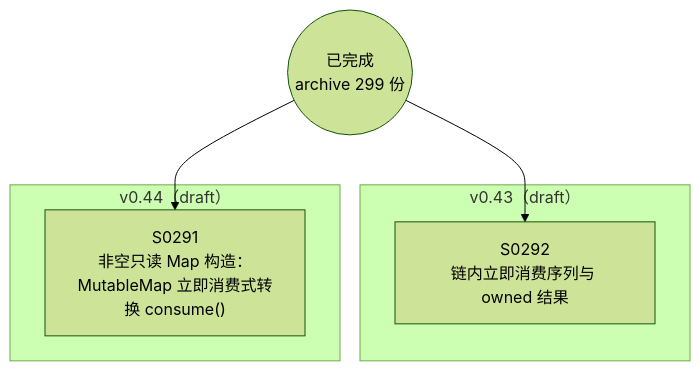
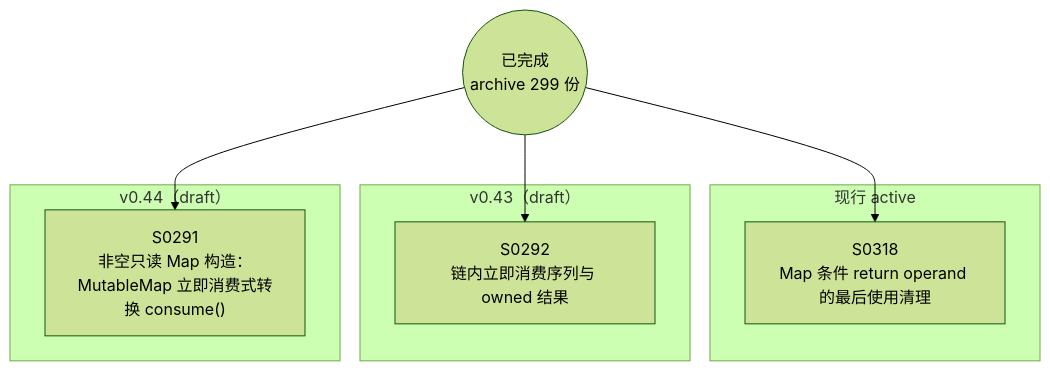
Before and after one commit to Halckon/Koven: the diagram in docs/specs/dependency-graph.md, drawn with Mermaid (forest theme). The commit also changed other lines of this file and 9 other files, not shown here.

Commit message:
test(codegen): freeze Map return last-use facts (SPEC-0318)

````diff
--- a/docs/specs/dependency-graph.md
+++ b/docs/specs/dependency-graph.md
@@ -9,12 +9,16 @@
 ```mermaid
 flowchart TD
 ARCH(("已完成<br/>archive 299 份"))
+subgraph Gactive["现行 active"]
+  S0318["S0318<br/>Map 条件 return operand 的最后使用清理"]
+end
 subgraph Gdrafts_v043["v0.43（draft）"]
   S0292["S0292<br/>链内立即消费序列与 owned 结果"]
 end
 subgraph Gdrafts_v044["v0.44（draft）"]
   S0291["S0291<br/>非空只读 Map 构造：MutableMap 立即消费式转换 consume()"]
 end
 ARCH --> S0291
 ARCH --> S0292
+ARCH --> S0318
 ```
````
